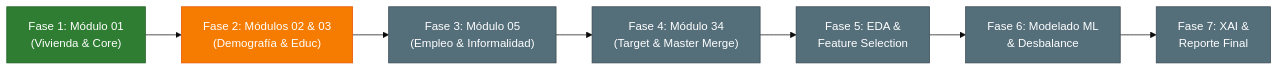
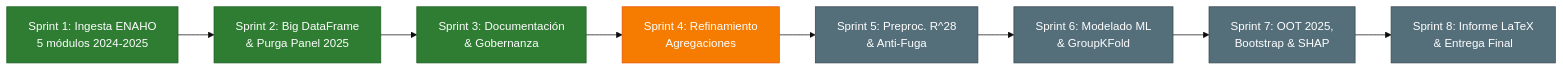
Before and after one commit to Ga3lAE/IA-Tarea-Academica: the diagram in IMPLEMENTATION.md, drawn with Mermaid (base theme). The commit also changed other lines of this file and 9 other files, not shown here.

````diff
--- a/IMPLEMENTATION.md
+++ b/IMPLEMENTATION.md
@@ -9,17 +13,19 @@
 ```mermaid
 flowchart LR
-    Fase1["Fase 1: Módulo 01<br>(Vivienda & Core)"] --> Fase2["Fase 2: Módulos 02 & 03<br>(Demografía & Educ)"]
-    Fase2 --> Fase3["Fase 3: Módulo 05<br>(Empleo & Informalidad)"]
-    Fase3 --> Fase4["Fase 4: Módulo 34<br>(Target & Master Merge)"]
-    Fase4 --> Fase5["Fase 5: EDA &<br>Feature Selection"]
-    Fase5 --> Fase6["Fase 6: Modelado ML<br>& Desbalance"]
-    Fase6 --> Fase7["Fase 7: XAI &<br>Reporte Final"]
+    S1["Sprint 1: Ingesta ENAHO<br>5 módulos 2024-2025"] --> S2["Sprint 2: Big DataFrame<br>& Purga Panel 2025"]
+    S2 --> S3["Sprint 3: Documentación<br>& Gobernanza"]
+    S3 --> S4["Sprint 4: Refinamiento<br>Agregaciones"]
+    S4 --> S5["Sprint 5: Preproc. R^28<br>& Anti-Fuga"]
+    S5 --> S6["Sprint 6: Modelado ML<br>& GroupKFold"]
+    S6 --> S7["Sprint 7: OOT 2025,<br>Bootstrap & SHAP"]
+    S7 --> S8["Sprint 8: Informe LaTeX<br>& Entrega Final"]
 
-    style Fase1 fill:#2e7d32,stroke:#1b5e20,color:#fff
-    style Fase2 fill:#f57c00,stroke:#e65100,color:#fff
-    style Fase3 fill:#546e7a,stroke:#37474f,color:#fff
-    style Fase4 fill:#546e7a,stroke:#37474f,color:#fff
-    style Fase5 fill:#546e7a,stroke:#37474f,color:#fff
-    style Fase6 fill:#546e7a,stroke:#37474f,color:#fff
-    style Fase7 fill:#546e7a,stroke:#37474f,color:#fff
+    style S1 fill:#2e7d32,stroke:#1b5e20,color:#fff
+    style S2 fill:#2e7d32,stroke:#1b5e20,color:#fff
+    style S3 fill:#2e7d32,stroke:#1b5e20,color:#fff
+    style S4 fill:#f57c00,stroke:#e65100,color:#fff
+    style S5 fill:#546e7a,stroke:#37474f,color:#fff
+    style S6 fill:#546e7a,stroke:#37474f,color:#fff
+    style S7 fill:#546e7a,stroke:#37474f,color:#fff
+    style S8 fill:#546e7a,stroke:#37474f,color:#fff
 ```
````
